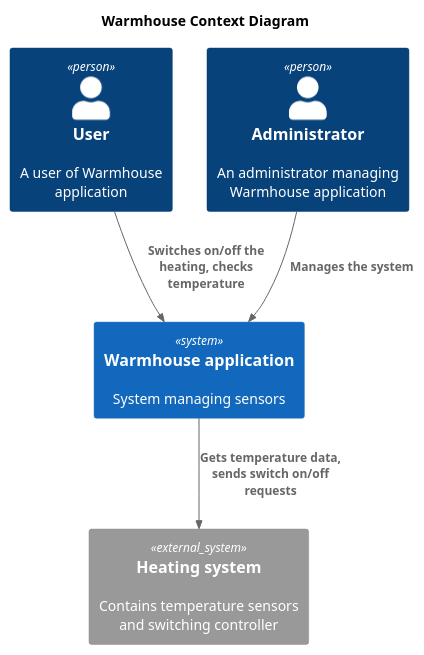
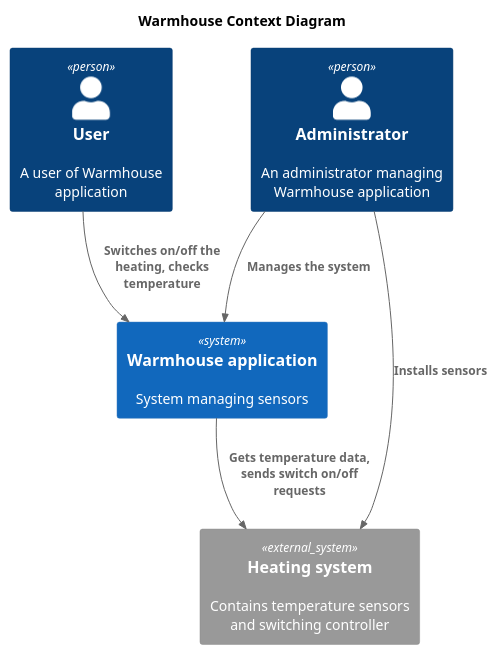
One commit to grafkozloff/arch-sprint1 changed the diagram in diagrams/context/current-context.puml. Above: the diagram before and after it, drawn with PlantUML. The commit also changed 8 other files, not shown here.

```diff
--- a/diagrams/context/current-context.puml
+++ b/diagrams/context/current-context.puml
@@ -1,18 +1,19 @@
 @startuml
 title Warmhouse Context Diagram
 
 top to bottom direction
 
 !includeurl https://raw.githubusercontent.com/RicardoNiepel/C4-PlantUML/master/C4_Component.puml
 
 Person(user, "User", "A user of Warmhouse application")
 Person(admin, "Administrator", "An administrator managing Warmhouse application")
 System(WarmhouseApp, "Warmhouse application", "System managing sensors")
 
-System_Ext(sensor, "Heating system", "Contains temperature sensors and switching controller")
+System_Ext(sensors, "Heating system", "Contains temperature sensors and switching controller")
 
 Rel(user, WarmhouseApp, "Switches on/off the heating, checks temperature")
 Rel(admin, WarmhouseApp, "Manages the system")
-Rel(WarmhouseApp, sensor, "Gets temperature data, sends switch on/off requests")
+Rel(admin, sensors, "Installs sensors")
+Rel(WarmhouseApp, sensors, "Gets temperature data, sends switch on/off requests")
 
 @enduml
```
